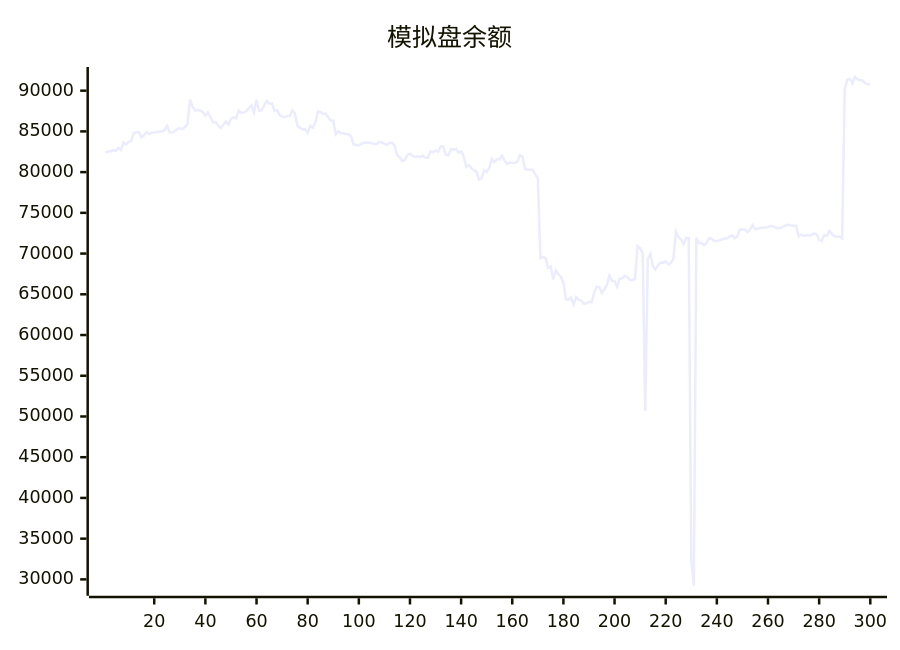
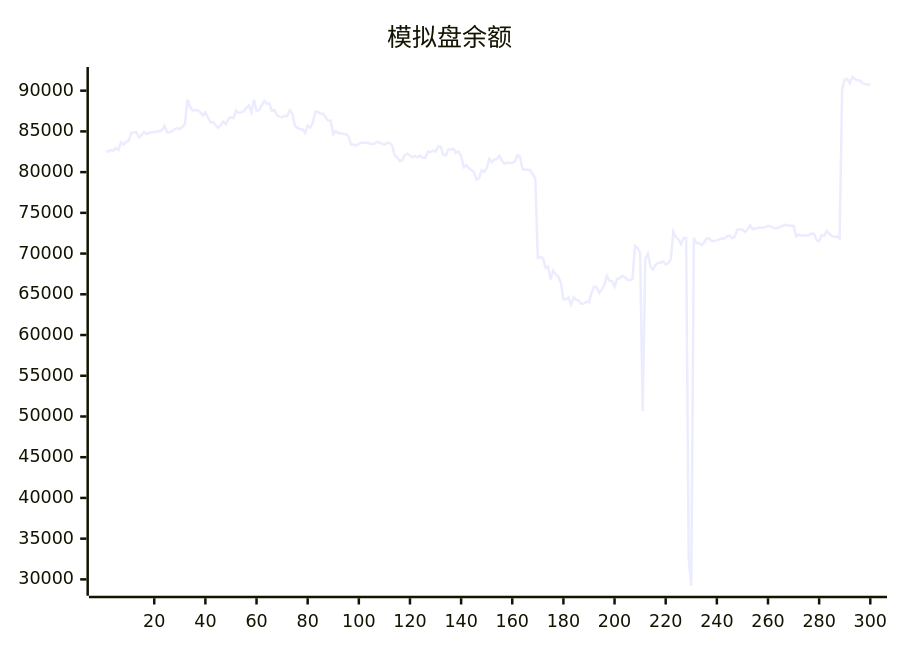
The diagram in README.md (aahl/ai-trading), drawn with Mermaid before and after one commit. The commit also changed other lines of this file and 1 other file, not shown here.

````diff
--- a/README.md
+++ b/README.md
@@ -5,5 +5,5 @@
 ```mermaid
 xychart
     title "模拟盘余额"
-    line [82369,82552,82539,82695,82648,82962,82728,83619,83378,83710,83825,84819,84854,84917,84265,84527,84919,84668,84834,84850,84916,84981,85004,85131,85674,84891,84864,85019,85284,85393,85294,85538,85894,88904,88012,87567,87625,87568,87386,86920,87313,86737,86094,86143,85725,85437,85787,86219,85859,86526,86740,86630,87563,87264,87335,87483,87886,88180,87335,88894,87544,87608,88207,88755,88401,88444,87543,87608,87000,86810,86740,86894,86884,87576,87209,85686,85435,85251,85255,84820,85689,85453,86066,87420,87373,87161,87178,86740,86341,86315,84643,85012,84772,84768,84690,84635,84376,83360,83357,83259,83474,83608,83606,83602,83548,83440,83454,83724,83644,83464,83365,83590,83592,83275,82072,81806,81344,81492,82109,82254,82006,81848,81955,81829,82022,81769,81776,82522,82441,82656,82498,83144,83144,82150,82038,82797,82763,82872,82367,82536,81981,80612,80862,80484,80242,80034,79063,79245,80226,80016,80507,81625,81233,81544,81578,82016,81401,81019,81186,81130,81118,81306,82066,81909,80392,80304,80291,80258,79729,79261,69466,69579,69456,68251,68415,66832,67911,67462,67144,66432,64380,64375,64606,63740,64647,64324,64216,63842,63877,64078,64008,65156,65945,65888,65157,65625,66144,67284,66653,66639,65924,66925,66956,67263,67108,66766,66729,66886,70927,70673,70049,50652,69334,69973,68400,68061,68578,68876,68879,69055,68662,68822,69329,72687,71999,71760,71162,71911,71896,32500,29218,71927,71297,71305,71044,71337,71883,71822,71536,71536,71622,71723,71880,71860,72100,72216,71887,72077,72940,72976,72966,72638,72948,73497,73004,73041,73173,73160,73186,73258,73375,73351,73173,73098,73161,73305,73474,73536,73457,73413,73412,72100,72333,72164,72272,72204,72285,72461,72421,71652,71521,72267,72157,72774,72424,72144,72060,72091,71858,90185,91338,91466,90900,91678,91404,91268,91244,90903,90779,90787]
+    line [82552,82539,82695,82648,82962,82728,83619,83378,83710,83825,84819,84854,84917,84265,84527,84919,84668,84834,84850,84916,84981,85004,85131,85674,84891,84864,85019,85284,85393,85294,85538,85894,88904,88012,87567,87625,87568,87386,86920,87313,86737,86094,86143,85725,85437,85787,86219,85859,86526,86740,86630,87563,87264,87335,87483,87886,88180,87335,88894,87544,87608,88207,88755,88401,88444,87543,87608,87000,86810,86740,86894,86884,87576,87209,85686,85435,85251,85255,84820,85689,85453,86066,87420,87373,87161,87178,86740,86341,86315,84643,85012,84772,84768,84690,84635,84376,83360,83357,83259,83474,83608,83606,83602,83548,83440,83454,83724,83644,83464,83365,83590,83592,83275,82072,81806,81344,81492,82109,82254,82006,81848,81955,81829,82022,81769,81776,82522,82441,82656,82498,83144,83144,82150,82038,82797,82763,82872,82367,82536,81981,80612,80862,80484,80242,80034,79063,79245,80226,80016,80507,81625,81233,81544,81578,82016,81401,81019,81186,81130,81118,81306,82066,81909,80392,80304,80291,80258,79729,79261,69466,69579,69456,68251,68415,66832,67911,67462,67144,66432,64380,64375,64606,63740,64647,64324,64216,63842,63877,64078,64008,65156,65945,65888,65157,65625,66144,67284,66653,66639,65924,66925,66956,67263,67108,66766,66729,66886,70927,70673,70049,50652,69334,69973,68400,68061,68578,68876,68879,69055,68662,68822,69329,72687,71999,71760,71162,71911,71896,32500,29218,71927,71297,71305,71044,71337,71883,71822,71536,71536,71622,71723,71880,71860,72100,72216,71887,72077,72940,72976,72966,72638,72948,73497,73004,73041,73173,73160,73186,73258,73375,73351,73173,73098,73161,73305,73474,73536,73457,73413,73412,72100,72333,72164,72272,72204,72285,72461,72421,71652,71521,72267,72157,72774,72424,72144,72060,72091,71858,90185,91338,91466,90900,91678,91404,91268,91244,90903,90779,90787,90721]
 ```
````
